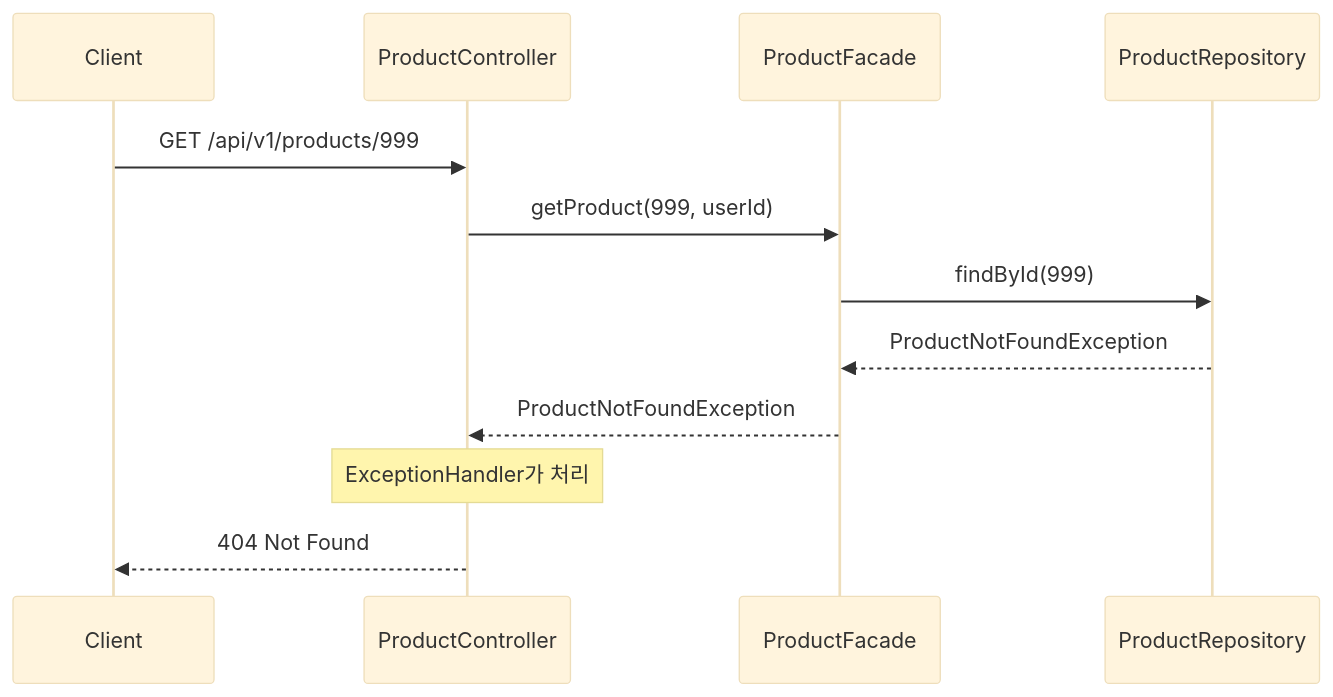
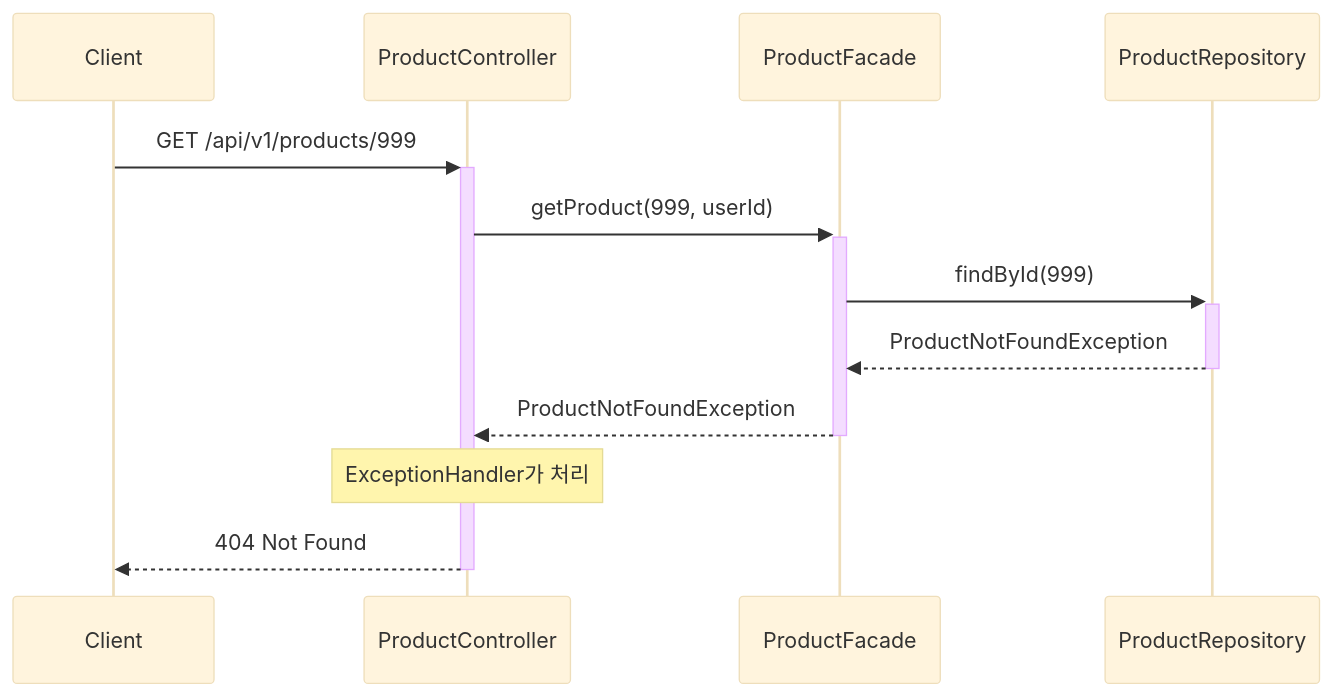
The third of 16 diagrams in docs/week2/02-sequence-diagrams.md (Loopers-dev-lab/loopers-spring-java-template), drawn with Mermaid (base theme) before and after one commit. The commit also changed other lines of this file, not shown here.

Commit message:
docs: 시퀀스 다이어그램 activation bar 추가

````diff
--- a/docs/week2/02-sequence-diagrams.md
+++ b/docs/week2/02-sequence-diagrams.md
@@ -123,18 +123,18 @@
 ```mermaid
 sequenceDiagram
     participant Client
     participant ProductController
     participant ProductFacade
     participant ProductRepository
 
-    Client->>ProductController: GET /api/v1/products/999
+    Client->>+ProductController: GET /api/v1/products/999
 
-    ProductController->>ProductFacade: getProduct(999, userId)
+    ProductController->>+ProductFacade: getProduct(999, userId)
 
-    ProductFacade->>ProductRepository: findById(999)
-    ProductRepository-->>ProductFacade: ProductNotFoundException
+    ProductFacade->>+ProductRepository: findById(999)
+    ProductRepository-->>-ProductFacade: ProductNotFoundException
 
-    ProductFacade-->>ProductController: ProductNotFoundException
+    ProductFacade-->>-ProductController: ProductNotFoundException
     Note over ProductController: ExceptionHandler가 처리
-    ProductController-->>Client: 404 Not Found
+    ProductController-->>-Client: 404 Not Found
 ```
````
